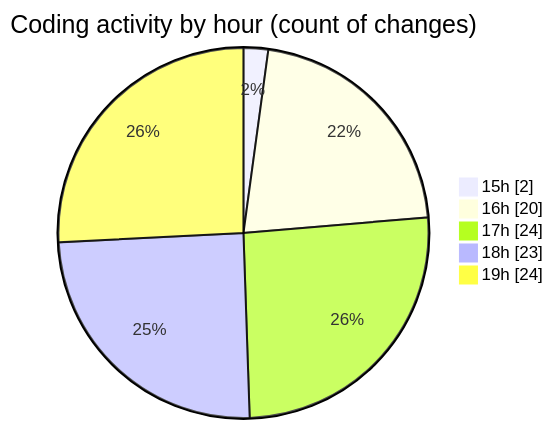
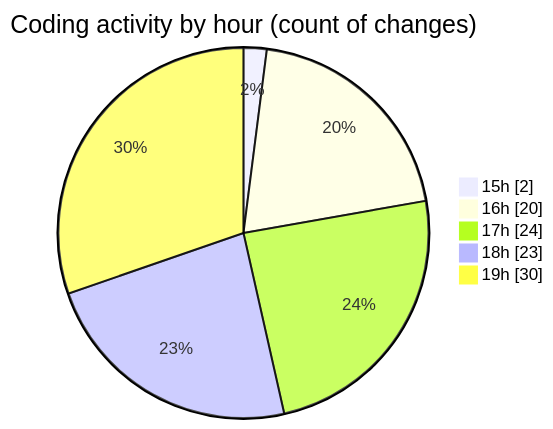
Before and after one commit to nxtqubesakshisongat/code-tracking: the second of 2 diagrams in 2025-08-09/nxtqube_webapp/README.md, drawn with Mermaid. The commit also changed other lines of this file and 1 other file, not shown here.

````diff
--- a/2025-08-09/nxtqube_webapp/README.md
+++ b/2025-08-09/nxtqube_webapp/README.md
@@ -32,9 +32,9 @@
 ```mermaid
 pie showData
 title Coding activity by hour (count of changes)
 "15h" : 2
 "16h" : 20
 "17h" : 24
 "18h" : 23
-"19h" : 24
+"19h" : 30
 ```
````
